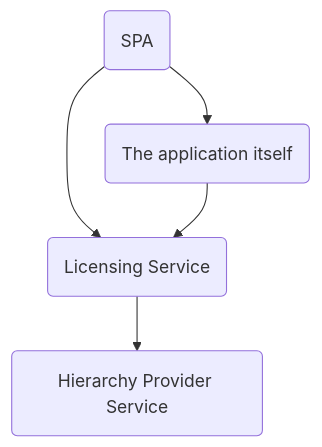
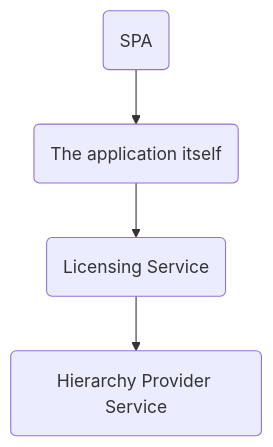
One commit to bettermarks/license-manager-POC changed the second of 4 diagrams in docs/service-communication.md. Above: the diagram before and after it, drawn with Mermaid.

Commit message:
s2s communication alternatives docs typos

````diff
--- a/docs/service-communication.md
+++ b/docs/service-communication.md
@@ -18,7 +18,6 @@
 ```mermaid
 flowchart TD
-SPA(SPA)-->LICS(Licensing Service);
 LICS(Licensing Service)-->HIPS(Hierarchy Provider Service);
 SPA(SPA)-->APP(The application itself);
 APP(The application itself)-->LICS(Licensing Service)
 ```
````
